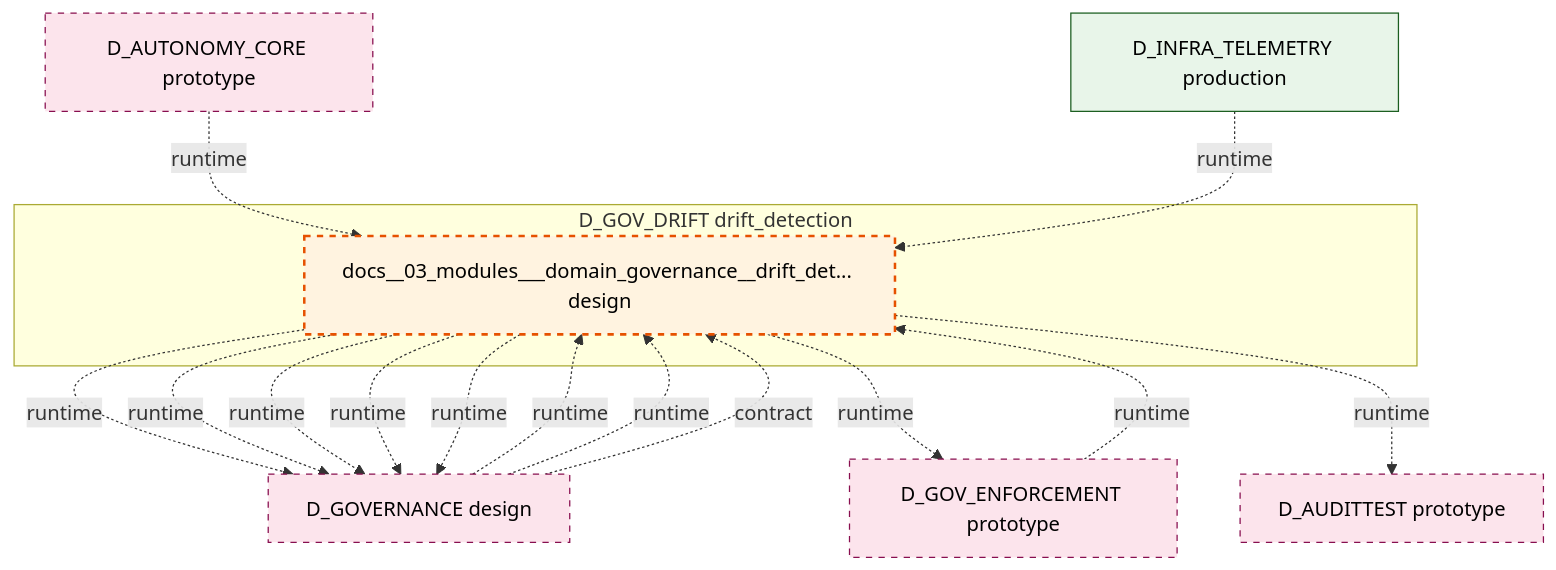
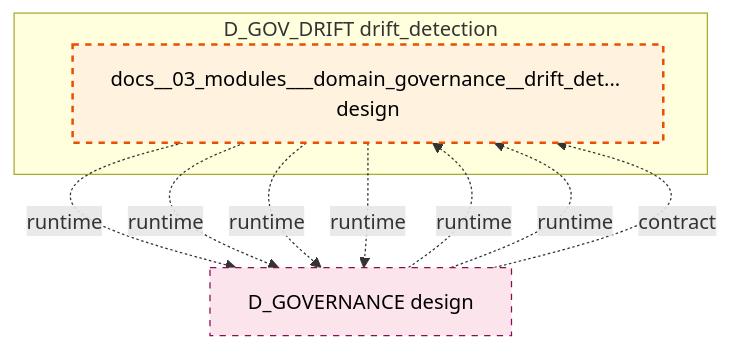
The diagram in docs/02_enterprise_architecture/02_domain_architecture_docs/34_d_gov_drift.md (xuanFelixVan/ZephyrAlpha), drawn with Mermaid before and after one commit. The commit also changed other lines of this file and 85 other files, not shown here.

````diff
--- a/docs/02_enterprise_architecture/02_domain_architecture_docs/34_d_gov_drift.md
+++ b/docs/02_enterprise_architecture/02_domain_architecture_docs/34_d_gov_drift.md
@@ -47,31 +47,20 @@
 ```mermaid
 graph TD
     subgraph D_GOV_DRIFT["D_GOV_DRIFT drift_detection"]
         docs_03_modules_domain_governance_drift_detector_blueprint_md["docs__03_modules___domain_governance__drift_det... design"]
     end
     D_GOVERNANCE["D_GOVERNANCE design"]
     docs_03_modules_domain_governance_drift_detector_blueprint_md -.->|runtime| D_GOVERNANCE
     docs_03_modules_domain_governance_drift_detector_blueprint_md -.->|runtime| D_GOVERNANCE
-    D_GOV_ENFORCEMENT["D_GOV_ENFORCEMENT prototype"]
-    docs_03_modules_domain_governance_drift_detector_blueprint_md -.->|runtime| D_GOV_ENFORCEMENT
-    D_AUDITTEST["D_AUDITTEST prototype"]
-    docs_03_modules_domain_governance_drift_detector_blueprint_md -.->|runtime| D_AUDITTEST
     docs_03_modules_domain_governance_drift_detector_blueprint_md -.->|runtime| D_GOVERNANCE
     docs_03_modules_domain_governance_drift_detector_blueprint_md -.->|runtime| D_GOVERNANCE
-    docs_03_modules_domain_governance_drift_detector_blueprint_md -.->|runtime| D_GOVERNANCE
-    D_GOV_ENFORCEMENT -.->|runtime| docs_03_modules_domain_governance_drift_detector_blueprint_md
     D_GOVERNANCE -.->|runtime| docs_03_modules_domain_governance_drift_detector_blueprint_md
     D_GOVERNANCE -.->|runtime| docs_03_modules_domain_governance_drift_detector_blueprint_md
     D_GOVERNANCE -.->|contract| docs_03_modules_domain_governance_drift_detector_blueprint_md
-    D_AUTONOMY_CORE["D_AUTONOMY_CORE prototype"]
-    D_AUTONOMY_CORE -.->|runtime| docs_03_modules_domain_governance_drift_detector_blueprint_md
-    D_INFRA_TELEMETRY["D_INFRA_TELEMETRY production"]
-    D_INFRA_TELEMETRY -.->|runtime| docs_03_modules_domain_governance_drift_detector_blueprint_md
     classDef production fill:#e1f5fe,stroke:#01579b,stroke-width:2px,color:#000
     classDef design fill:#fff3e0,stroke:#e65100,stroke-width:2px,color:#000,stroke-dasharray: 5 5
     classDef external_prod fill:#e8f5e9,stroke:#1b5e20,stroke-width:1px,color:#000
     classDef external_design fill:#fce4ec,stroke:#880e4f,stroke-width:1px,color:#000,stroke-dasharray: 5 5
     class docs_03_modules_domain_governance_drift_detector_blueprint_md design
-    class D_INFRA_TELEMETRY external_prod
-    class D_GOVERNANCE,D_GOV_ENFORCEMENT,D_AUDITTEST,D_AUTONOMY_CORE external_design
+    class D_GOVERNANCE external_design
 ```
````
